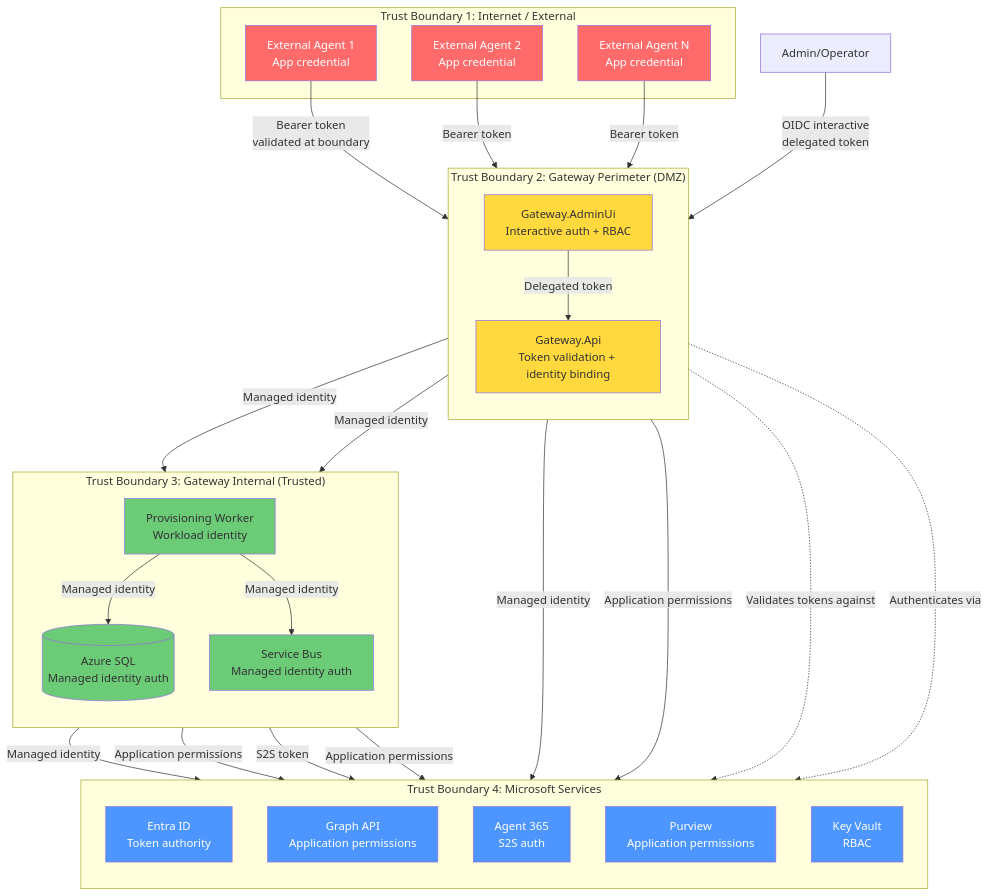
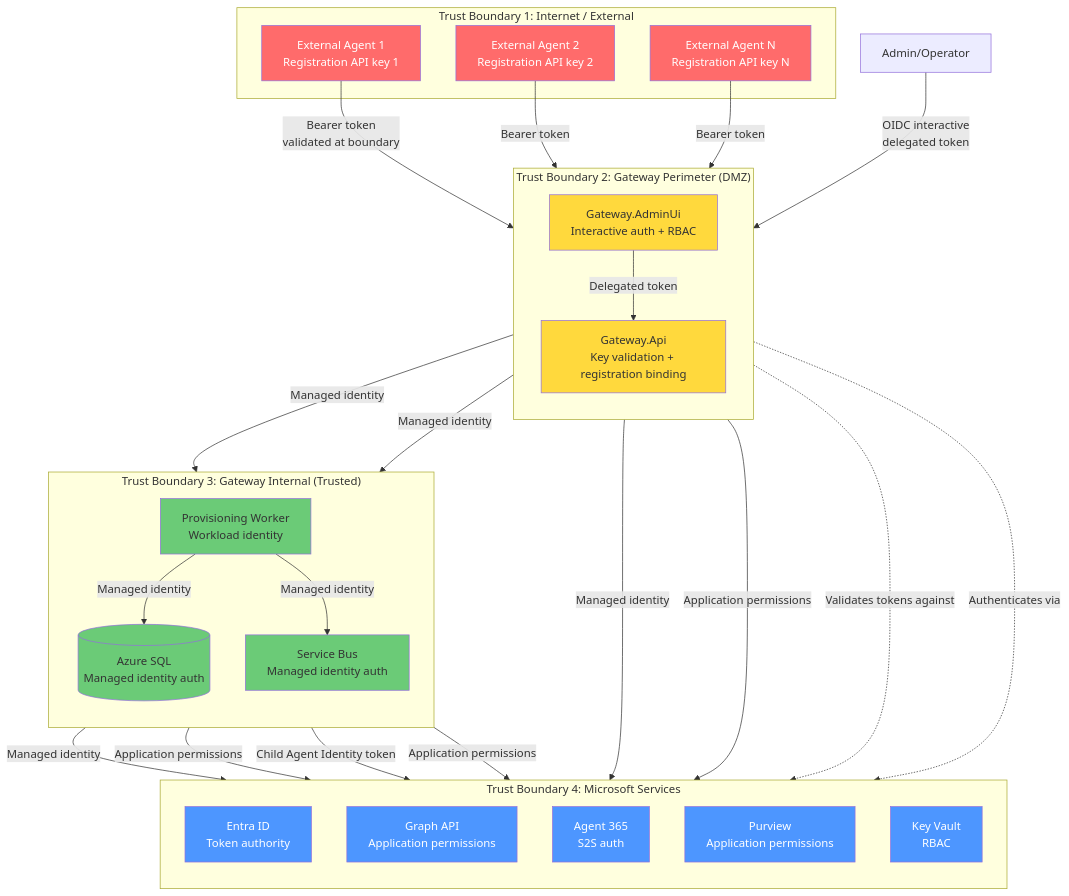
Before and after one commit to patrick-shim/a365-custom-gateway: the fourth of 8 diagrams in docs/architecture/phase2-architecture.md, drawn with Mermaid. The commit also changed other lines of this file and 3211 other files, not shown here.

````diff
--- a/docs/architecture/phase2-architecture.md
+++ b/docs/architecture/phase2-architecture.md
@@ -219,66 +313,66 @@
 ```mermaid
 graph TB
     subgraph "Trust Boundary 1: Internet / External"
-        EA1[External Agent 1<br/>App credential]
-        EA2[External Agent 2<br/>App credential]
-        EAN[External Agent N<br/>App credential]
+        EA1[External Agent 1<br/>Registration API key 1]
+        EA2[External Agent 2<br/>Registration API key 2]
+        EAN[External Agent N<br/>Registration API key N]
     end
 
     subgraph "Trust Boundary 2: Gateway Perimeter (DMZ)"
         direction TB
-        API[Gateway.Api<br/>Token validation + identity binding]
+        API[Gateway.Api<br/>Key validation + registration binding]
         UI[Gateway.AdminUi<br/>Interactive auth + RBAC]
     end
 
     subgraph "Trust Boundary 3: Gateway Internal (Trusted)"
         direction TB
         Worker[Provisioning Worker<br/>Workload identity]
         SQL[(Azure SQL<br/>Managed identity auth)]
         SB[Service Bus<br/>Managed identity auth]
     end
 
     subgraph "Trust Boundary 4: Microsoft Services"
         direction TB
         Entra[Entra ID<br/>Token authority]
         Graph[Graph API<br/>Application permissions]
         A365[Agent 365<br/>S2S auth]
         Purview[Purview<br/>Application permissions]
         KV[Key Vault<br/>RBAC]
     end
 
     EA1 -->|"Bearer token<br/>validated at boundary"| API
     EA2 -->|"Bearer token"| API
     EAN -->|"Bearer token"| API
 
     Admin[Admin/Operator] -->|"OIDC interactive<br/>delegated token"| UI
     UI -->|"Delegated token"| API
 
     API -->|"Managed identity"| SQL
     API -->|"Managed identity"| SB
     API -->|"Managed identity"| KV
     API -->|"Application permissions"| Purview
 
     Worker -->|"Managed identity"| SQL
     Worker -->|"Managed identity"| SB
     Worker -->|"Managed identity"| KV
     Worker -->|"Application permissions"| Graph
-    Worker -->|"S2S token"| A365
+    Worker -->|"Child Agent Identity token"| A365
     Worker -->|"Application permissions"| Purview
 
     API -.->|"Validates tokens against"| Entra
     UI -.->|"Authenticates via"| Entra
 
     style EA1 fill:#ff6b6b,color:#fff
     style EA2 fill:#ff6b6b,color:#fff
     style EAN fill:#ff6b6b,color:#fff
     style API fill:#ffd93d,color:#333
     style UI fill:#ffd93d,color:#333
     style Worker fill:#6bcb77,color:#333
     style SQL fill:#6bcb77,color:#333
     style SB fill:#6bcb77,color:#333
     style Entra fill:#4d96ff,color:#fff
     style Graph fill:#4d96ff,color:#fff
     style A365 fill:#4d96ff,color:#fff
     style Purview fill:#4d96ff,color:#fff
     style KV fill:#4d96ff,color:#fff
 ```
````
